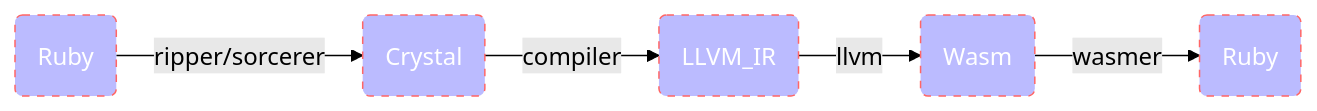
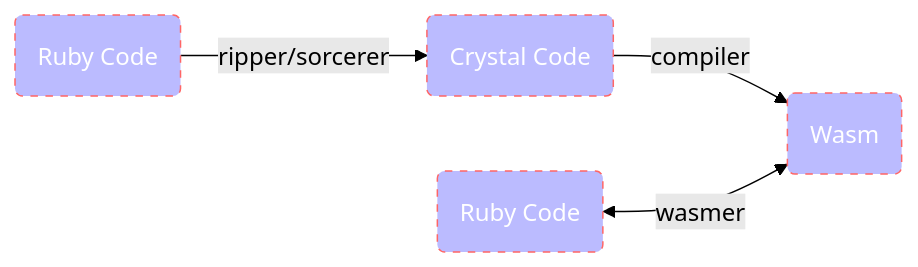
Before and after one commit to kojix2/cry-wasm: the diagram in README.md, drawn with Mermaid (forest theme). The commit also changed other lines of this file, not shown here.

````diff
--- a/README.md
+++ b/README.md
@@ -5,9 +7,9 @@
 ```mermaid
 flowchart LR
 style id1 fill:#bbf,stroke:#f66,stroke-width:1px,color:#fff,stroke-dasharray: 5 5
 style id2 fill:#bbf,stroke:#f66,stroke-width:1px,color:#fff,stroke-dasharray: 5 5
 style id3 fill:#bbf,stroke:#f66,stroke-width:1px,color:#fff,stroke-dasharray: 5 5
 style id4 fill:#bbf,stroke:#f66,stroke-width:1px,color:#fff,stroke-dasharray: 5 5
-style id5 fill:#bbf,stroke:#f66,stroke-width:1px,color:#fff,stroke-dasharray: 5 5
-    id1(Ruby) -- ripper/sorcerer --> id2(Crystal) -- compiler --> id3(LLVM_IR) -- llvm --> id4(Wasm) -- wasmer --> id5(Ruby)
+    id1(Ruby Code) -- ripper/sorcerer --> id2(Crystal Code) -- compiler --> id3(Wasm)
+    id4(Ruby Code) <-- wasmer --> id3(Wasm)
 ```
````
